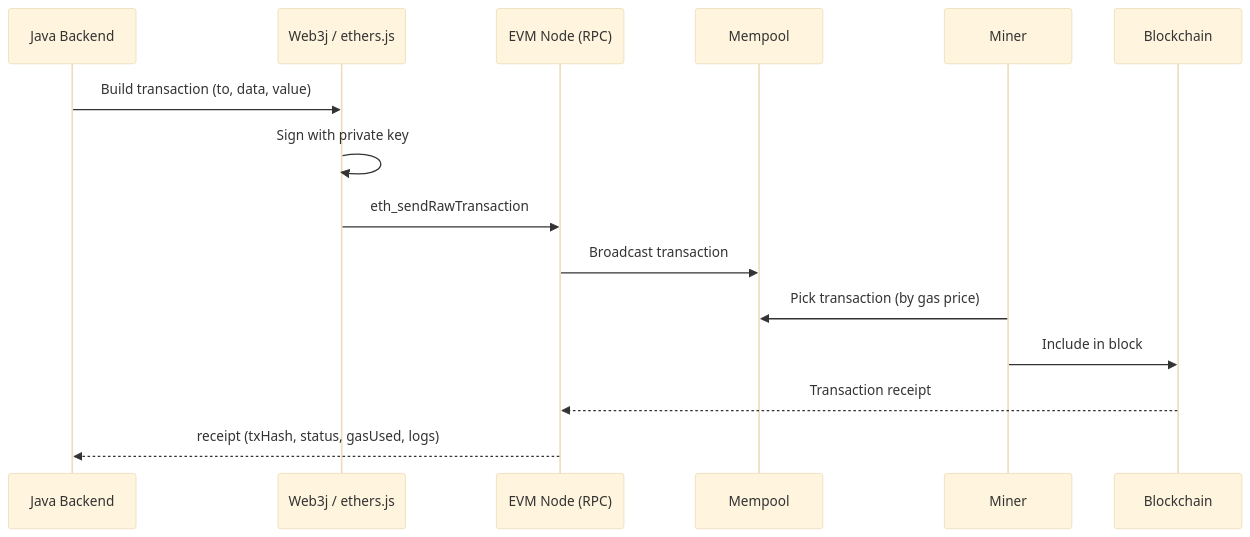
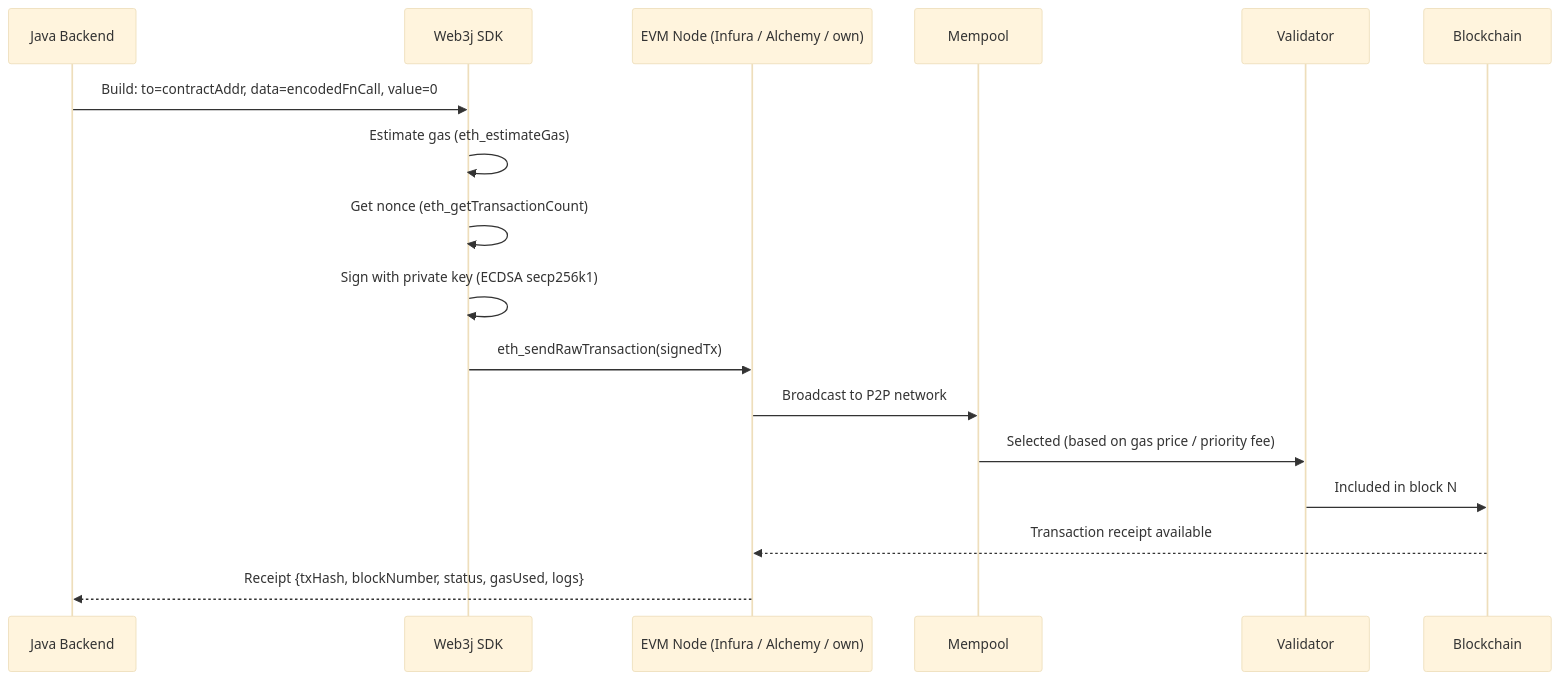
One commit to jether2011/interview-questions changed the first of 3 diagrams in solidity-blockchain.md. Above: the diagram before and after it, drawn with Mermaid (base theme). The commit also changed other lines of this file and 13 other files, not shown here.

````diff
--- a/solidity-blockchain.md
+++ b/solidity-blockchain.md
@@ -58,18 +72,20 @@
 ```mermaid
 sequenceDiagram
     participant Backend as Java Backend
-    participant Web3j as Web3j / ethers.js
-    participant Node as EVM Node (RPC)
+    participant Web3j as Web3j SDK
+    participant Node as EVM Node (Infura / Alchemy / own)
     participant Mempool
-    participant Miner
+    participant Validator
     participant Blockchain
 
-    Backend->>Web3j: Build transaction (to, data, value)
-    Web3j->>Web3j: Sign with private key
-    Web3j->>Node: eth_sendRawTransaction
-    Node->>Mempool: Broadcast transaction
-    Miner->>Mempool: Pick transaction (by gas price)
-    Miner->>Blockchain: Include in block
-    Blockchain-->>Node: Transaction receipt
-    Node-->>Backend: receipt (txHash, status, gasUsed, logs)
+    Backend->>Web3j: Build: to=contractAddr, data=encodedFnCall, value=0
+    Web3j->>Web3j: Estimate gas (eth_estimateGas)
+    Web3j->>Web3j: Get nonce (eth_getTransactionCount)
+    Web3j->>Web3j: Sign with private key (ECDSA secp256k1)
+    Web3j->>Node: eth_sendRawTransaction(signedTx)
+    Node->>Mempool: Broadcast to P2P network
+    Mempool->>Validator: Selected (based on gas price / priority fee)
+    Validator->>Blockchain: Included in block N
+    Blockchain-->>Node: Transaction receipt available
+    Node-->>Backend: Receipt {txHash, blockNumber, status, gasUsed, logs}
 ```
````
